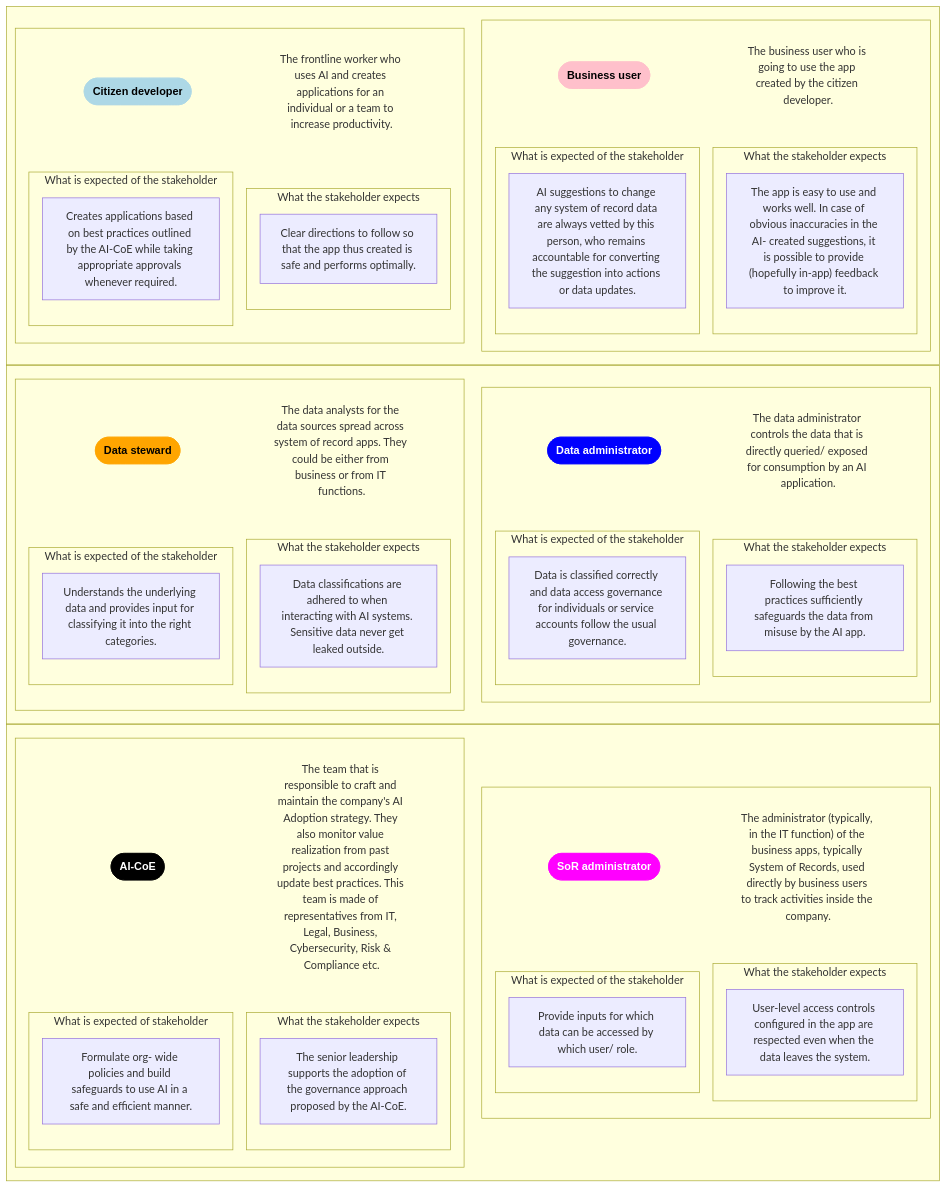
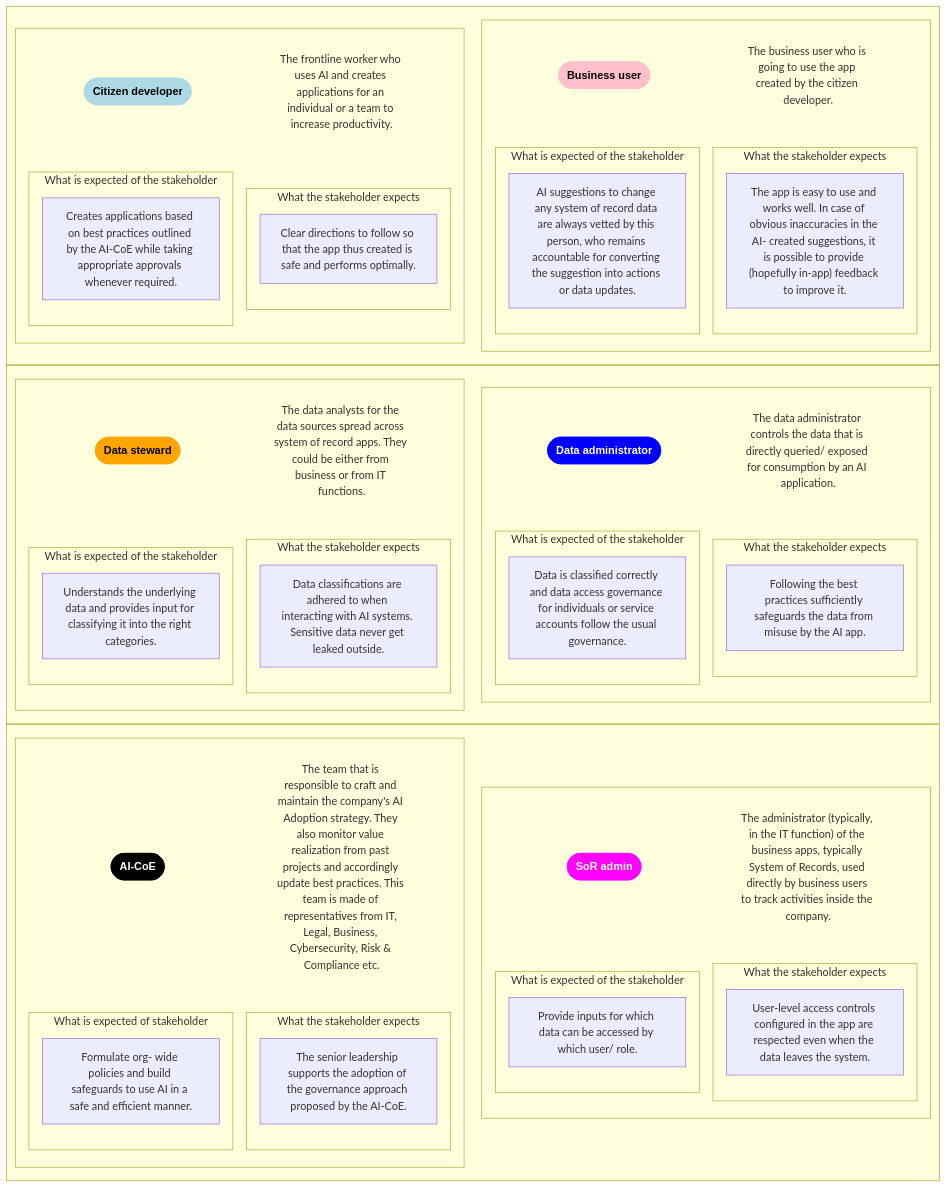
One commit to DuttaSoumya/AI-Architecture changed the diagram in .assets/Stakeholders.md. Above: the diagram before and after it, drawn with Mermaid. The commit also changed 10 other files, not shown here.

```diff
--- a/.assets/Stakeholders.md
+++ b/.assets/Stakeholders.md
@@ -85,7 +85,7 @@
         end;
         class CoE Cell
         subgraph SorAdmin[ ]
-            SoRADMUser([SoR administrator])
+            SoRADMUser([SoR admin])
             class SoRADMUser User_SoRADM
             SoRADMDesc@{ shape: "text", label: "The administrator (typically, in the IT function) of the business apps, typically System of Records, used directly by business users to track activities inside the company." }
             subgraph SoRADMExpectation["What the stakeholder expects"]
```
